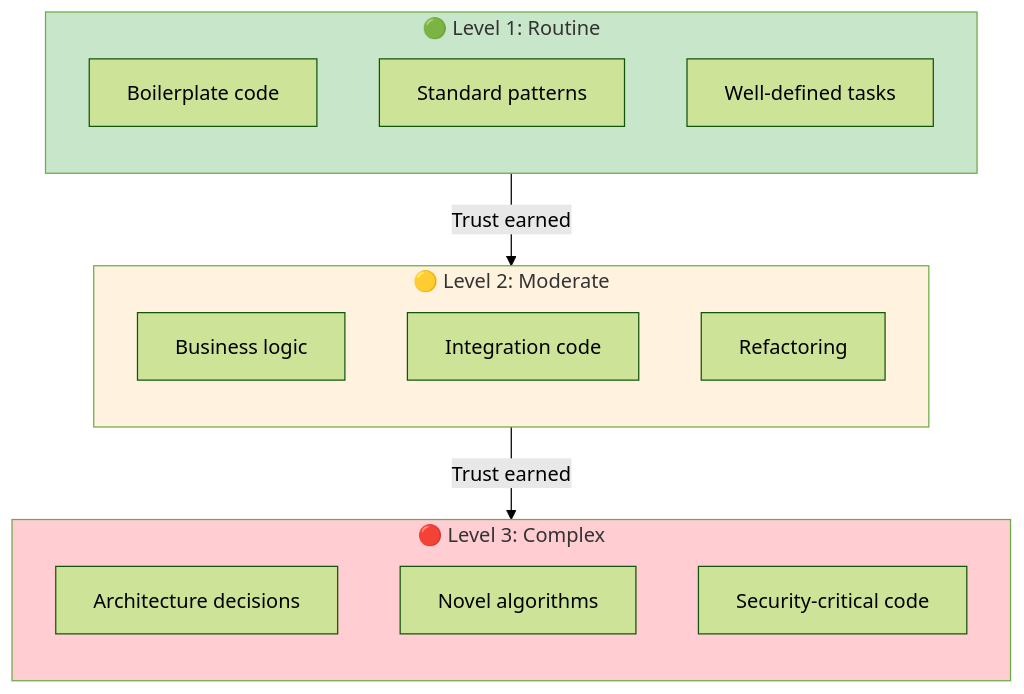
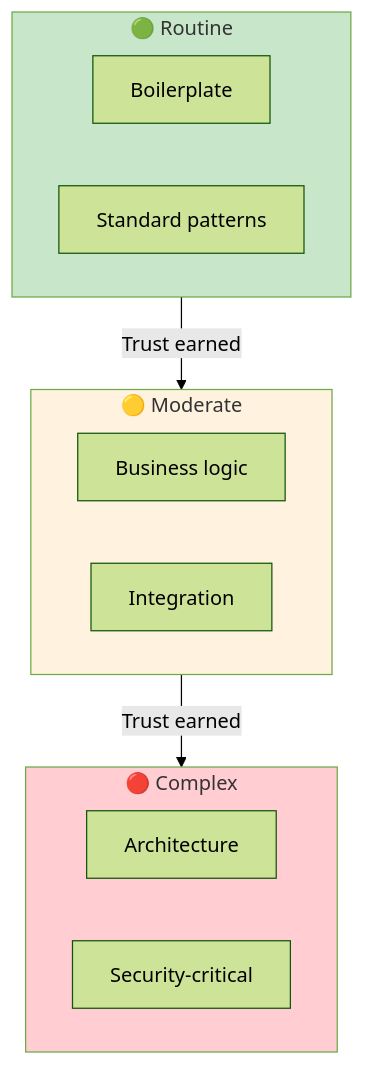
The second of 6 diagrams in website/content/papers/ai-dlc-2026/runbooks/adoption/building-trust.md (TheBushidoCollective/han), drawn with Mermaid (forest theme) before and after one commit. The commit also changed other lines of this file, not shown here.

First line of the commit message:
fix(website): narrow wide Mermaid diagrams in building-trust runbook

````diff
--- a/website/content/papers/ai-dlc-2026/runbooks/adoption/building-trust.md
+++ b/website/content/papers/ai-dlc-2026/runbooks/adoption/building-trust.md
@@ -57,30 +52,25 @@
 ```mermaid
 flowchart TB
-    subgraph Level1["🟢 Level 1: Routine"]
-        direction TB
-        L1A[Boilerplate code]
+    subgraph Level1["🟢 Routine"]
+        L1A[Boilerplate]
         L1B[Standard patterns]
-        L1C[Well-defined tasks]
-    end
-
-    subgraph Level2["🟡 Level 2: Moderate"]
-        direction TB
-        L2A[Business logic]
-        L2B[Integration code]
-        L2C[Refactoring]
-    end
-
-    subgraph Level3["🔴 Level 3: Complex"]
-        direction TB
-        L3A[Architecture decisions]
-        L3B[Novel algorithms]
-        L3C[Security-critical code]
     end
 
     Level1 -->|"Trust earned"| Level2
+
+    subgraph Level2["🟡 Moderate"]
+        L2A[Business logic]
+        L2B[Integration]
+    end
+
     Level2 -->|"Trust earned"| Level3
+
+    subgraph Level3["🔴 Complex"]
+        L3A[Architecture]
+        L3B[Security-critical]
+    end
 
     style Level1 fill:#c8e6c9
     style Level2 fill:#fff3e0
     style Level3 fill:#ffcdd2
 ```
````
